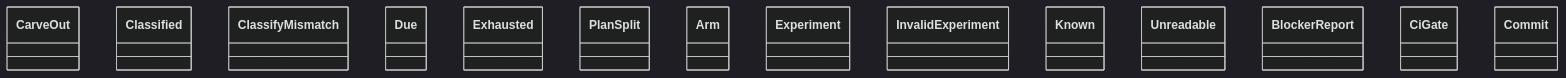
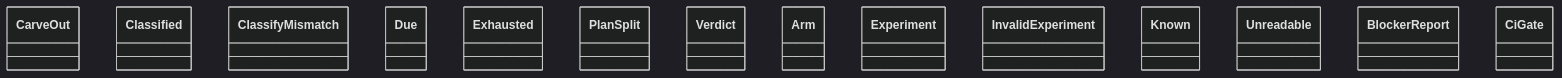
The diagram in docs/architecture/generated/classes-process-domain-state-1.md (GonzaloZevallos/agentic-system), drawn with Mermaid (dark theme) before and after one commit. The commit also changed 11 other files, not shown here.

Commit message:
Register the early_split channel in the reducer test and regenerate the architecture docs

````diff
--- a/docs/architecture/generated/classes-process-domain-state-1.md
+++ b/docs/architecture/generated/classes-process-domain-state-1.md
@@ -32,17 +32,17 @@
 ```mermaid
 classDiagram
     class carve_out__CarveOut["CarveOut"]
     class drawing_answer__Classified["Classified"]
     class drawing_answer__ClassifyMismatch["ClassifyMismatch"]
     class drawing_answer__Due["Due"]
     class drawing_answer__Exhausted["Exhausted"]
     class drawing_answer__PlanSplit["PlanSplit"]
+    class early_split__Verdict["Verdict"]
     class experiment__Arm["Arm"]
     class experiment__Experiment["Experiment"]
     class experiment__InvalidExperiment["InvalidExperiment"]
     class lead_time__Known["Known"]
     class lead_time__Unreadable["Unreadable"]
     class rules__BlockerReport["BlockerReport"]
     class rules__CiGate["CiGate"]
-    class rules__Commit["Commit"]
 ```
````
